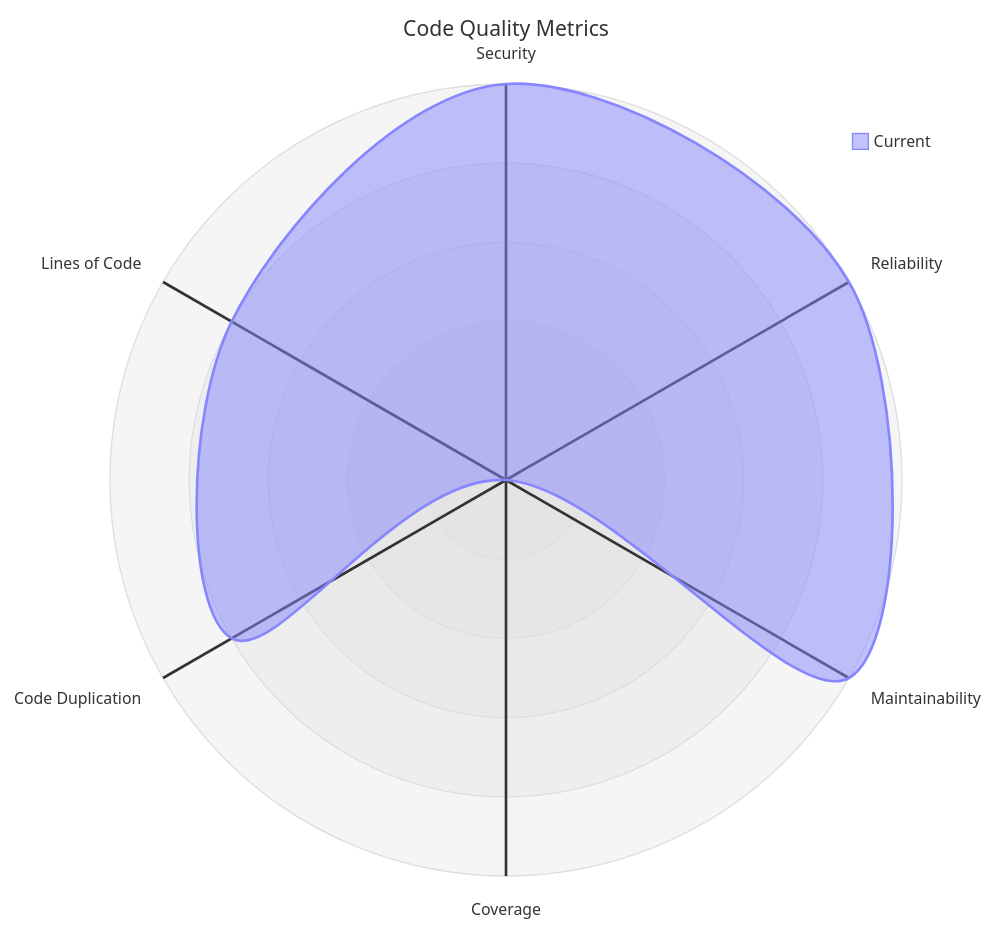
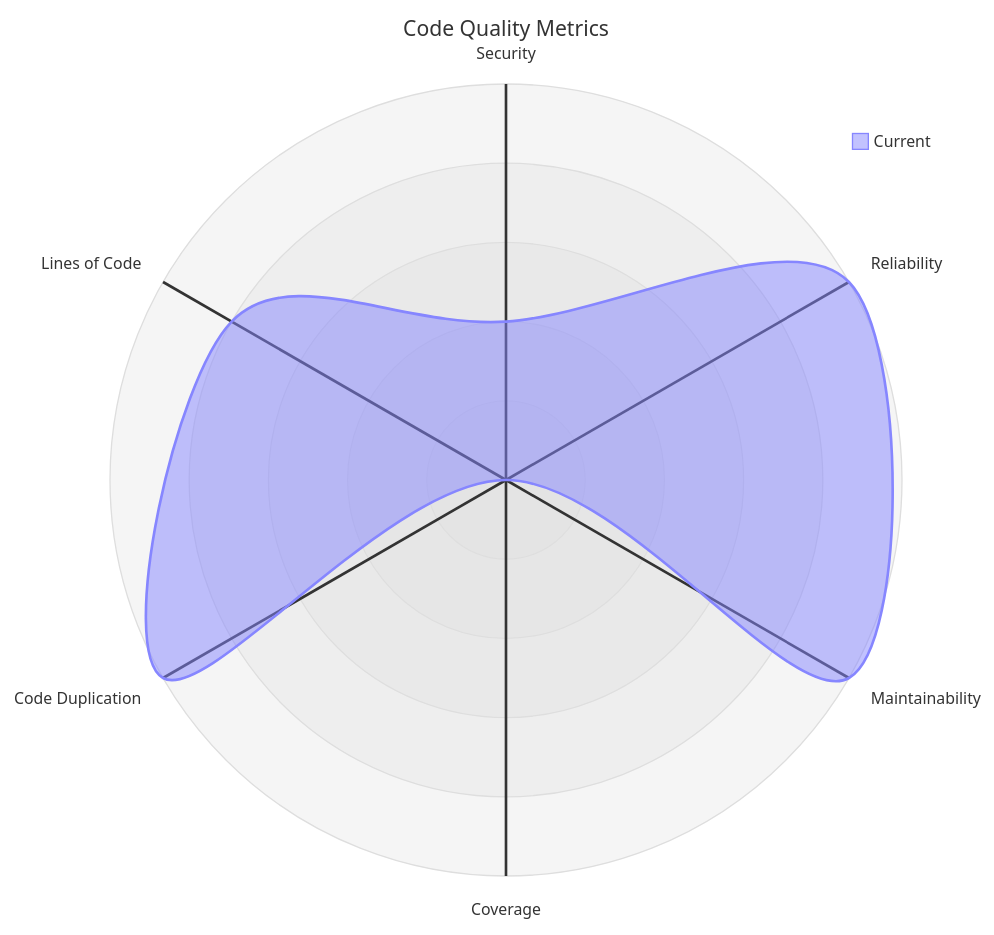
One commit to merlinbecker/CodexMiroir changed the diagram in codequality/report.md. Above: the diagram before and after it, drawn with Mermaid. The commit also changed other lines of this file, not shown here.

````diff
--- a/codequality/report.md
+++ b/codequality/report.md
@@ -3,11 +3,11 @@
 ```mermaid
 ---
 title: "Code Quality Metrics"
 ---
 radar-beta
   axis s["Security"], r["Reliability"], m["Maintainability"]
   axis c["Coverage"], d["Code Duplication"], l["Lines of Code"]
-  curve current["Current"]{5, 5, 5, 0, 4, 4}
+  curve current["Current"]{2, 5, 5, 0, 5, 4}
   max 5
   min 0
 ```
````
